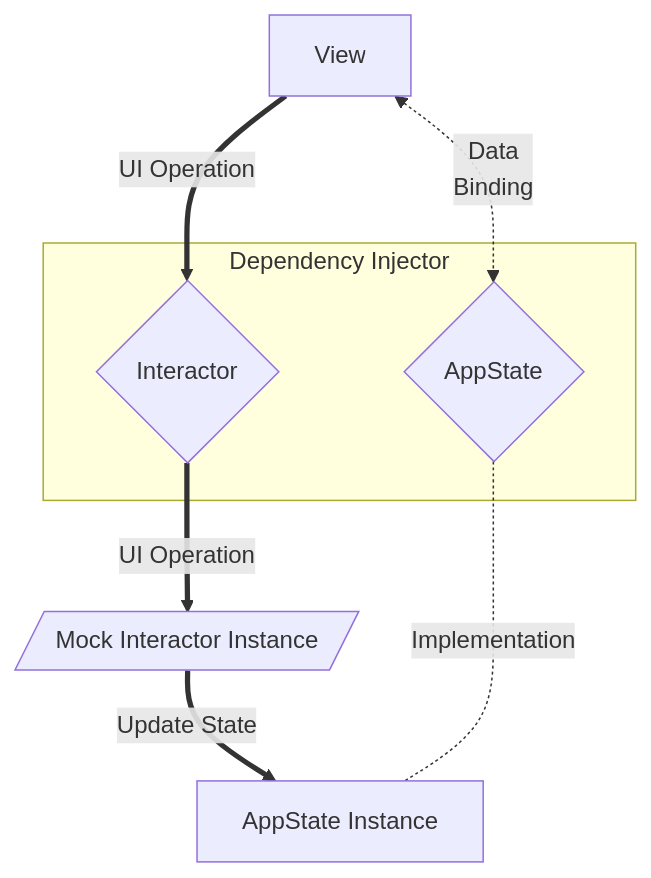
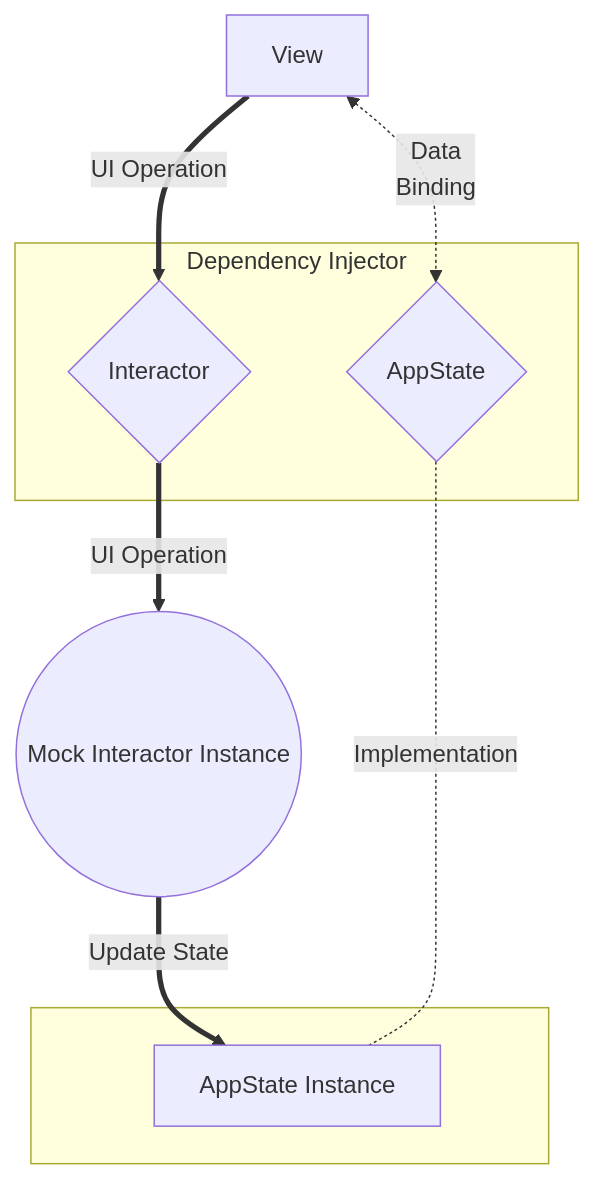
The fifth of 5 diagrams in README.md (yanun0323/SwiftUI-Clean-Architecture), drawn with Mermaid before and after one commit. The commit also changed other lines of this file, not shown here.

````diff
--- a/README.md
+++ b/README.md
@@ -174,14 +179,17 @@
 ```mermaid
 graph TD
-    AI[AppState Instance]
+    subgraph " "
+        AI[AppState Instance]
+    end
 
     subgraph Dependency Injector
         I{Interactor}
         A{AppState}
     end
+    
 
-    II[/Mock Interactor Instance/]
+    II((Mock Interactor Instance))
 
     View ==>|UI Operation| I ==>|UI Operation| II ==>|Update State| AI
     View <-.->|Data\nBinding| A -.-|Implementation| AI
 ```
````
